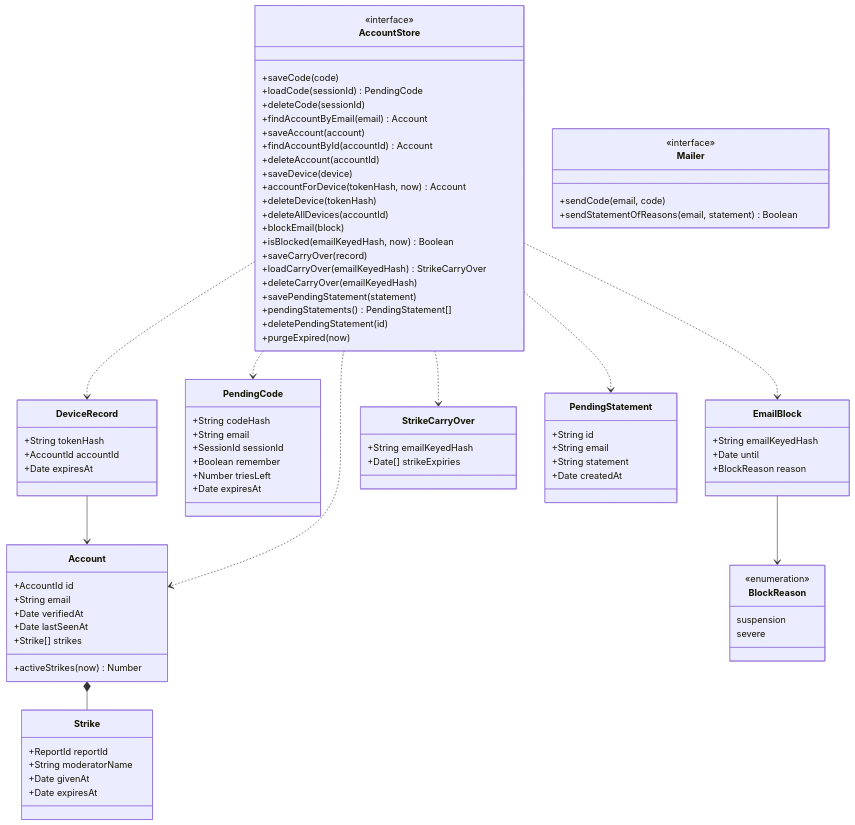
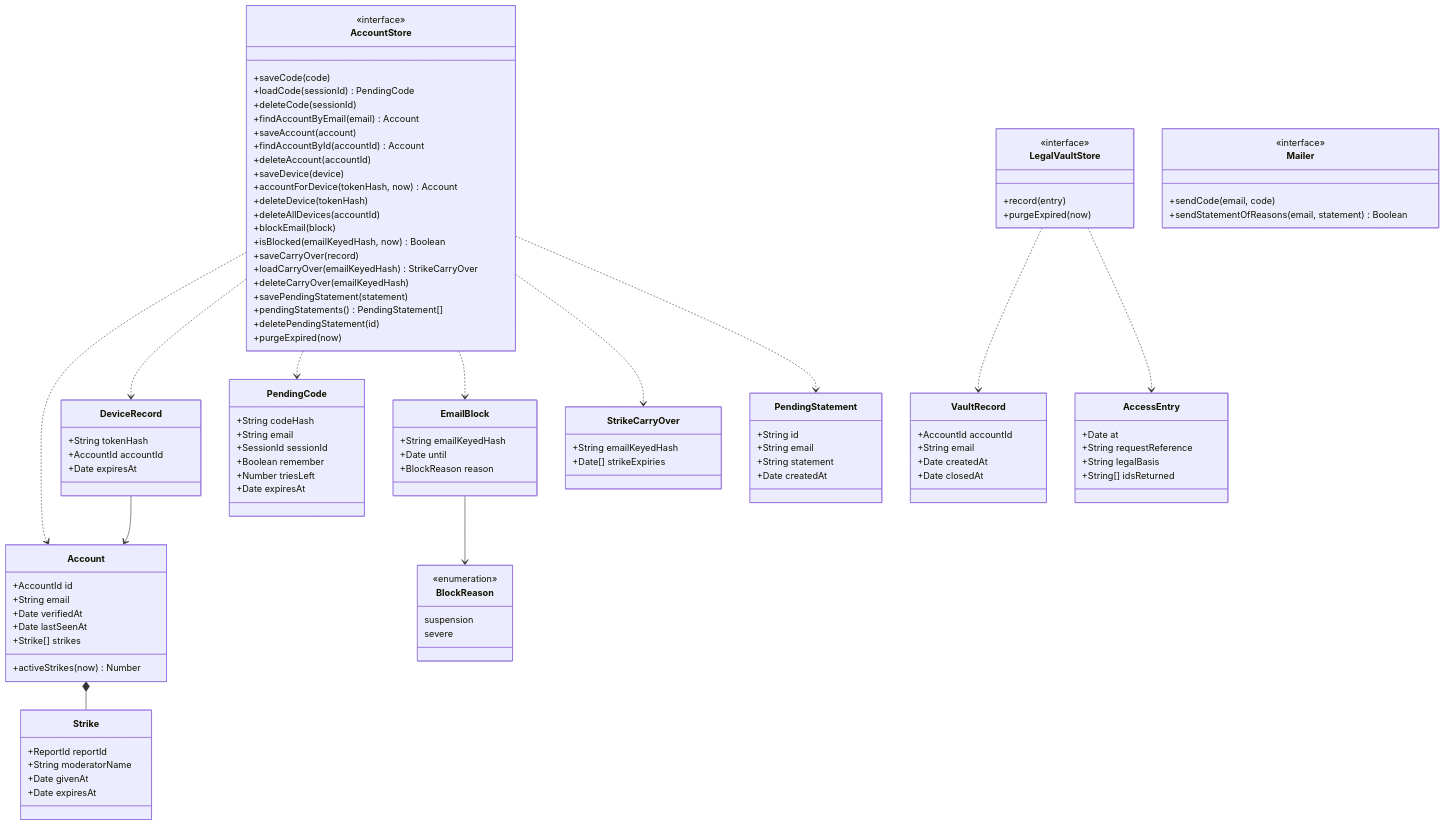
The diagram in docs/architecture/diagrams/accounts/04-class.md (benoit-bremaud/asv), drawn with Mermaid before and after one commit. The commit also changed other lines of this file and 41 other files, not shown here.

First line of the commit message:
docs(legal): legal check on official texts and legal retention vault (#6)

````diff
--- a/docs/architecture/diagrams/accounts/04-class.md
+++ b/docs/architecture/diagrams/accounts/04-class.md
@@ -83,6 +83,23 @@
     +deletePendingStatement(id)
     +purgeExpired(now)
   }
+  class VaultRecord {
+    +AccountId accountId
+    +String email
+    +Date createdAt
+    +Date closedAt
+  }
+  class AccessEntry {
+    +Date at
+    +String requestReference
+    +String legalBasis
+    +String[] idsReturned
+  }
+  class LegalVaultStore {
+    <<interface>>
+    +record(entry)
+    +purgeExpired(now)
+  }
   class Mailer {
     <<interface>>
     +sendCode(email, code)
@@ -97,4 +114,6 @@
   AccountStore ..> EmailBlock
   AccountStore ..> StrikeCarryOver
   AccountStore ..> PendingStatement
+  LegalVaultStore ..> VaultRecord
+  LegalVaultStore ..> AccessEntry
 ```
````
